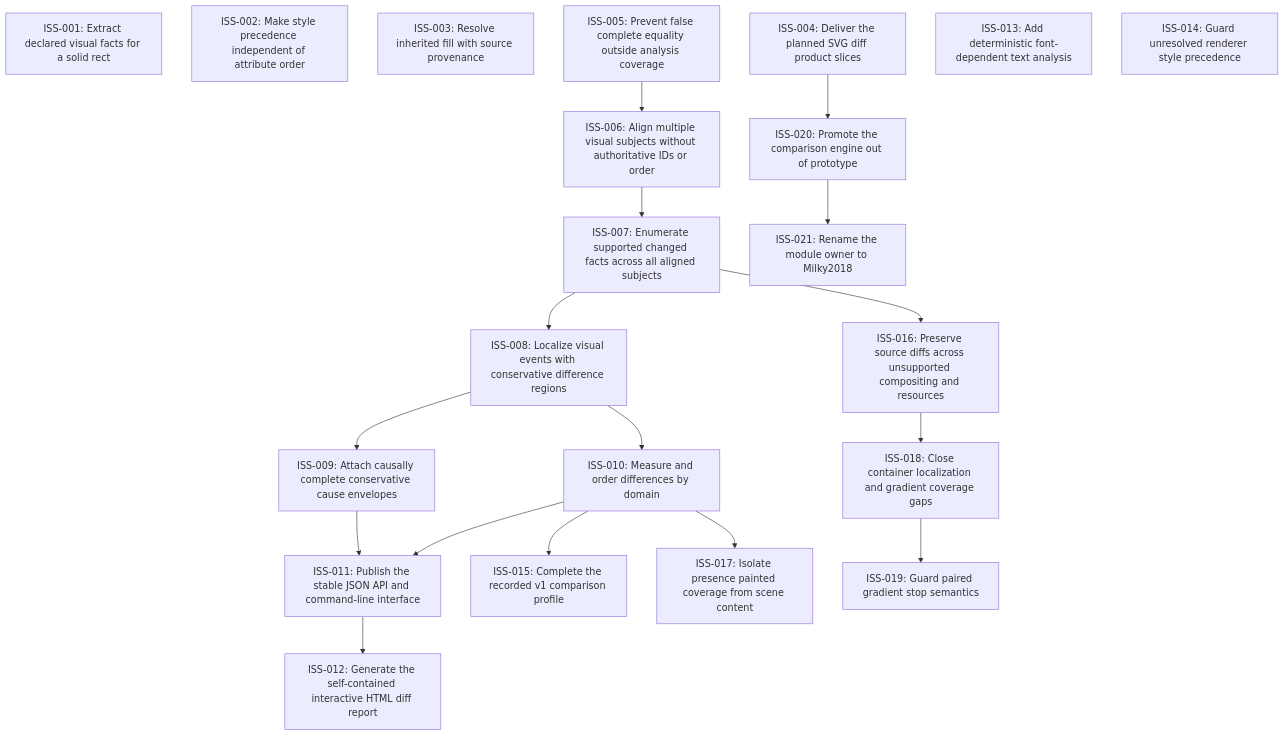
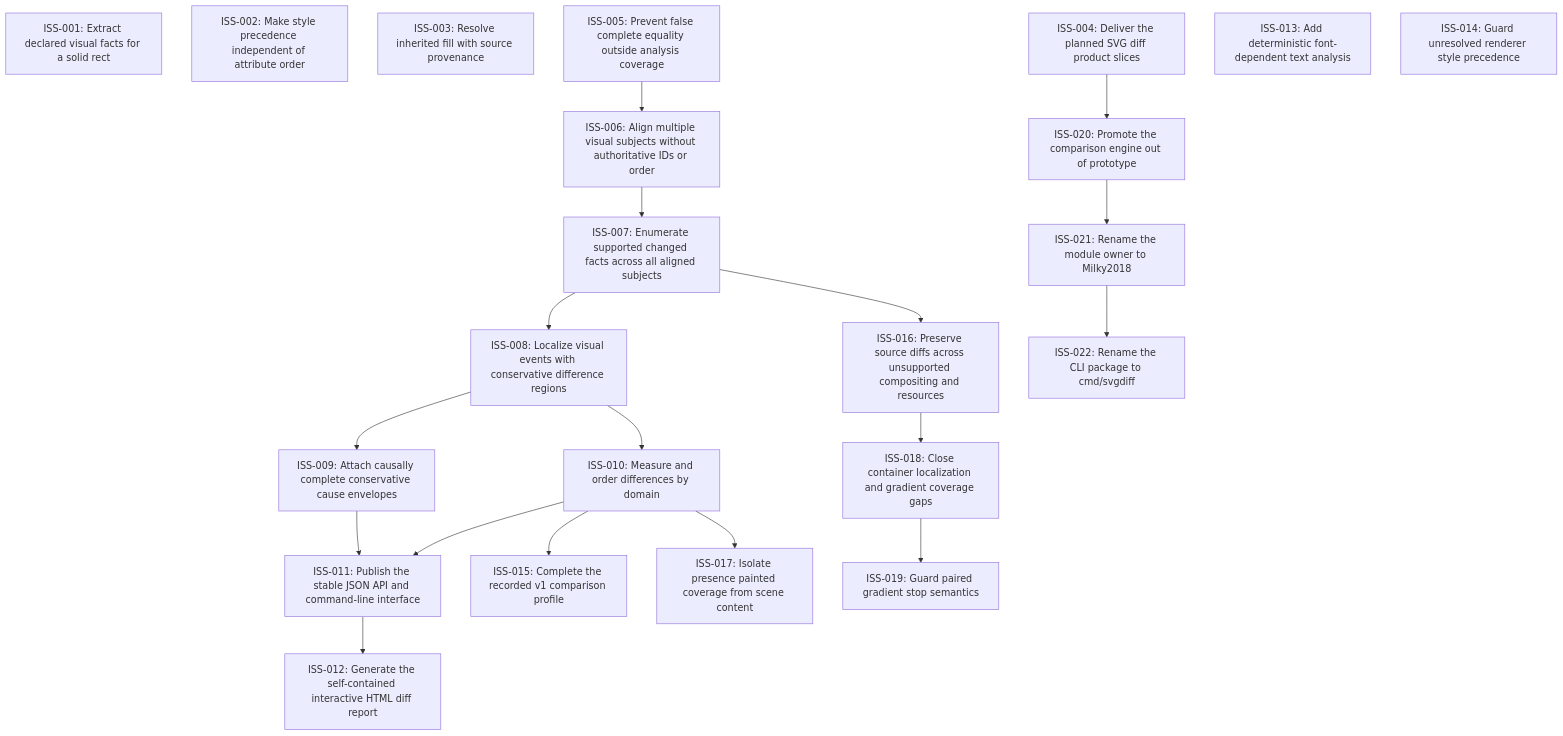
One commit to moonbit-community/svgdiff changed the diagram in issues/README.md. Above: the diagram before and after it, drawn with Mermaid. The commit also changed 7 other files, not shown here.

Commit message:
Rename SVG diff executable package

````diff
--- a/issues/README.md
+++ b/issues/README.md
@@ -18,39 +18,41 @@
 ```mermaid
 graph TD
   ISS_001["ISS-001: Extract declared visual facts for a solid rect"]
   ISS_002["ISS-002: Make style precedence independent of attribute order"]
   ISS_003["ISS-003: Resolve inherited fill with source provenance"]
   ISS_004["ISS-004: Deliver the planned SVG diff product slices"]
   ISS_005["ISS-005: Prevent false complete equality outside analysis coverage"]
   ISS_006["ISS-006: Align multiple visual subjects without authoritative IDs or order"]
   ISS_007["ISS-007: Enumerate supported changed facts across all aligned subjects"]
   ISS_008["ISS-008: Localize visual events with conservative difference regions"]
   ISS_009["ISS-009: Attach causally complete conservative cause envelopes"]
   ISS_010["ISS-010: Measure and order differences by domain"]
   ISS_011["ISS-011: Publish the stable JSON API and command-line interface"]
   ISS_012["ISS-012: Generate the self-contained interactive HTML diff report"]
   ISS_013["ISS-013: Add deterministic font-dependent text analysis"]
   ISS_014["ISS-014: Guard unresolved renderer style precedence"]
   ISS_015["ISS-015: Complete the recorded v1 comparison profile"]
   ISS_016["ISS-016: Preserve source diffs across unsupported compositing and resources"]
   ISS_017["ISS-017: Isolate presence painted coverage from scene content"]
   ISS_018["ISS-018: Close container localization and gradient coverage gaps"]
   ISS_019["ISS-019: Guard paired gradient stop semantics"]
   ISS_020["ISS-020: Promote the comparison engine out of prototype"]
   ISS_021["ISS-021: Rename the module owner to Milky2018"]
+  ISS_022["ISS-022: Rename the CLI package to cmd/svgdiff"]
   ISS_005 --> ISS_006
   ISS_006 --> ISS_007
   ISS_007 --> ISS_008
   ISS_008 --> ISS_009
   ISS_008 --> ISS_010
   ISS_009 --> ISS_011
   ISS_010 --> ISS_011
   ISS_011 --> ISS_012
   ISS_010 --> ISS_015
   ISS_007 --> ISS_016
   ISS_010 --> ISS_017
   ISS_016 --> ISS_018
   ISS_018 --> ISS_019
   ISS_004 --> ISS_020
   ISS_020 --> ISS_021
+  ISS_021 --> ISS_022
 ```
````
